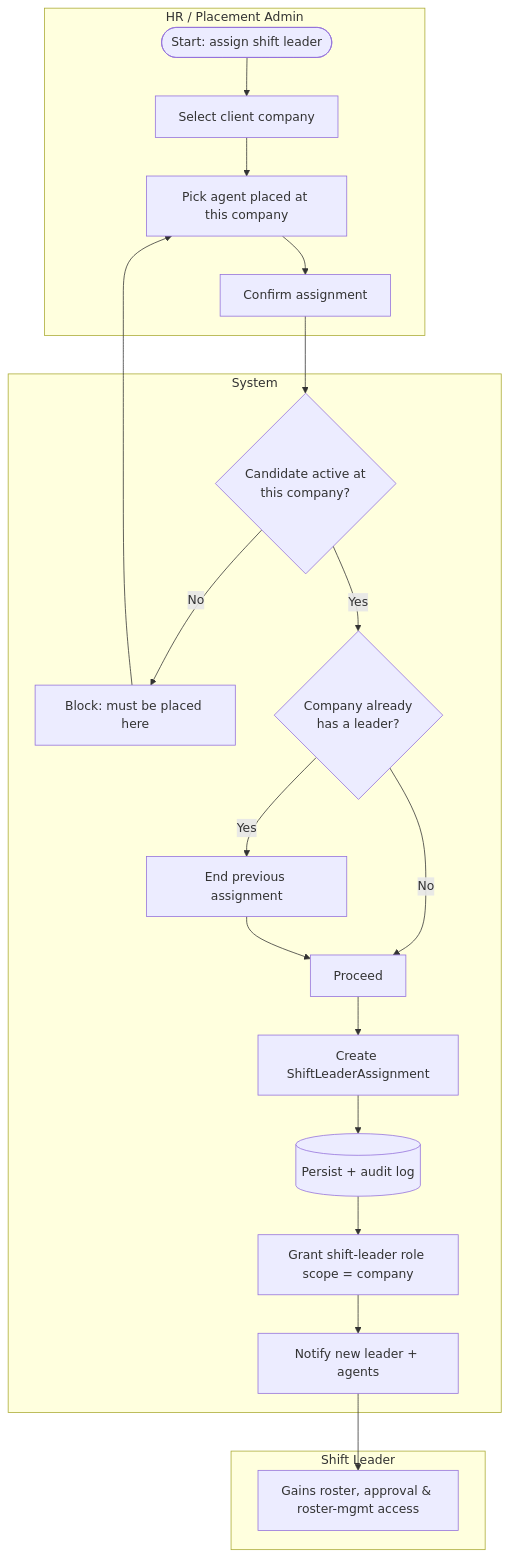
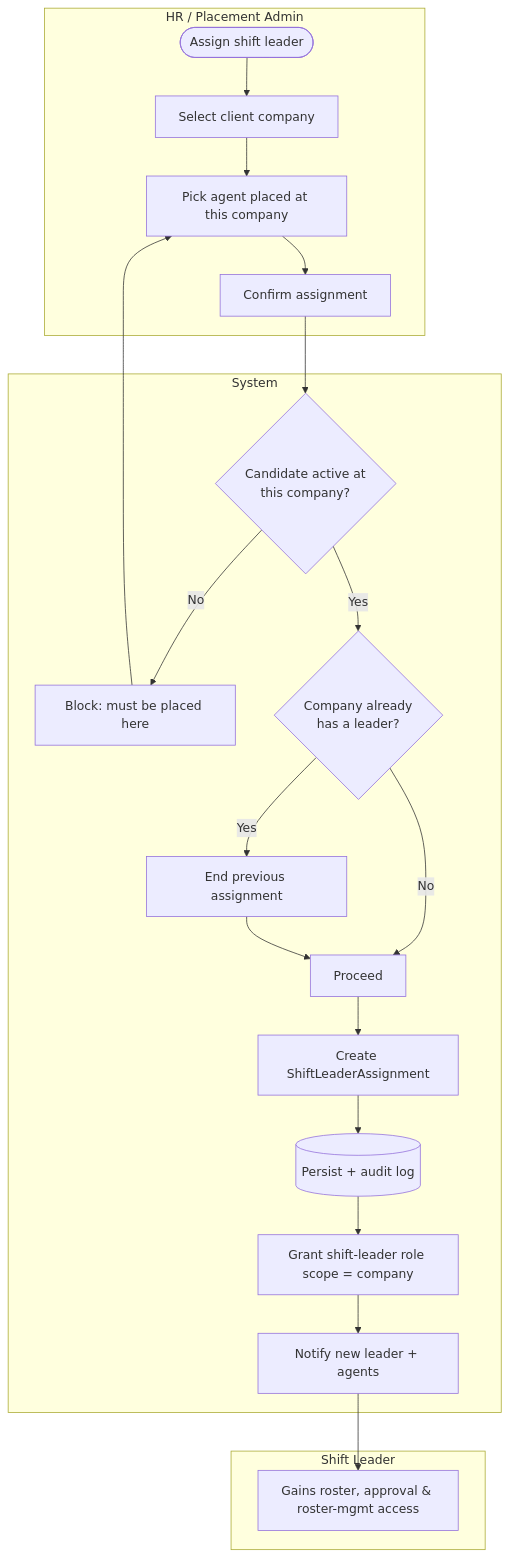
The fifth of 6 diagrams in docs/epics/E3-placement/FEATURE.md (hariszaki17/hris-outsource), drawn with Mermaid before and after one commit. The commit also changed other lines of this file and 106 other files, not shown here.

````diff
--- a/docs/epics/E3-placement/FEATURE.md
+++ b/docs/epics/E3-placement/FEATURE.md
@@ -204,23 +188,23 @@
 ```mermaid
 flowchart TD
     subgraph HR[HR / Placement Admin]
-        D1([Start: assign shift leader]) --> D2[Select client company]
+        D1([Assign shift leader]) --> D2[Select client company]
         D2 --> D3[Pick agent placed at this company]
         D3 --> D6[Confirm assignment]
     end
     subgraph SYS[System]
         D6 --> C1{Candidate active at<br/>this company?}
         C1 -- No --> C2[Block: must be placed here] --> D3
         C1 -- Yes --> C3{Company already<br/>has a leader?}
         C3 -- Yes --> C4[End previous assignment]
         C3 -- No --> C5[Proceed]
         C4 --> C5
         C5 --> C6[Create ShiftLeaderAssignment]
         C6 --> C7[(Persist + audit log)]
         C7 --> C8[Grant shift-leader role scope = company]
         C8 --> C9[Notify new leader + agents]
     end
     subgraph SL[Shift Leader]
         C9 --> L1[Gains roster, approval & roster-mgmt access]
     end
 ```
````
